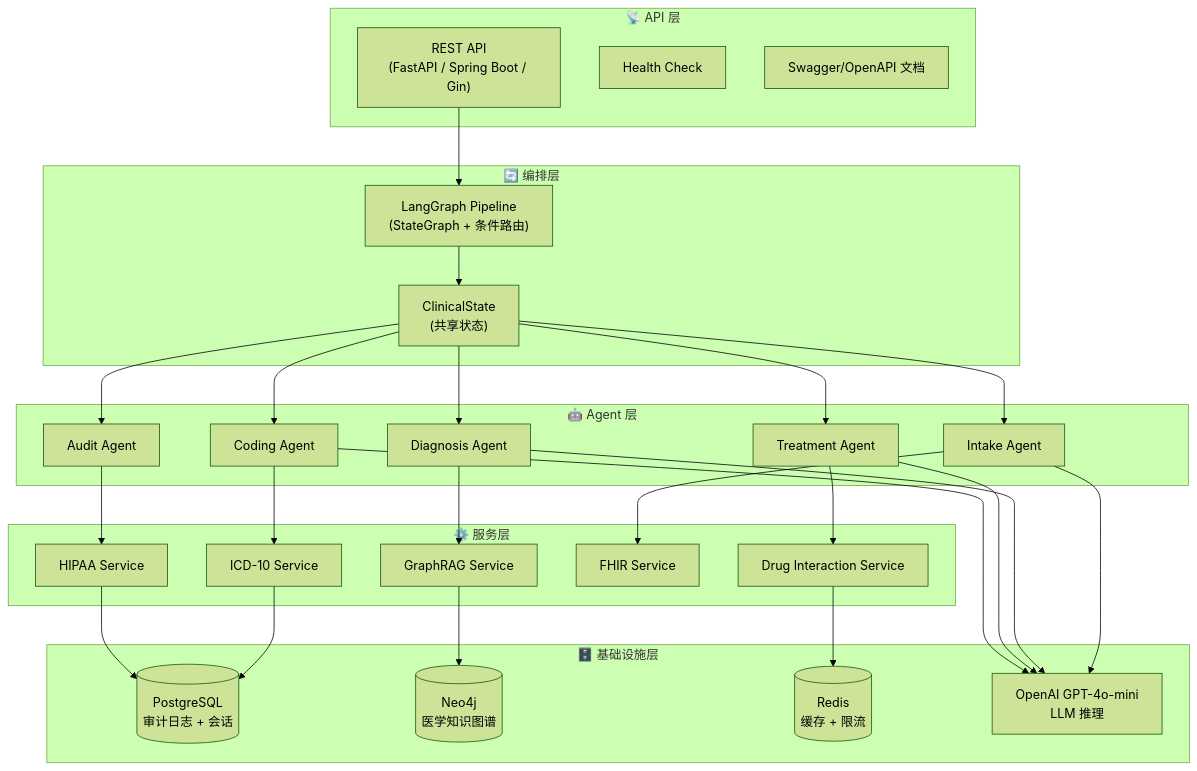
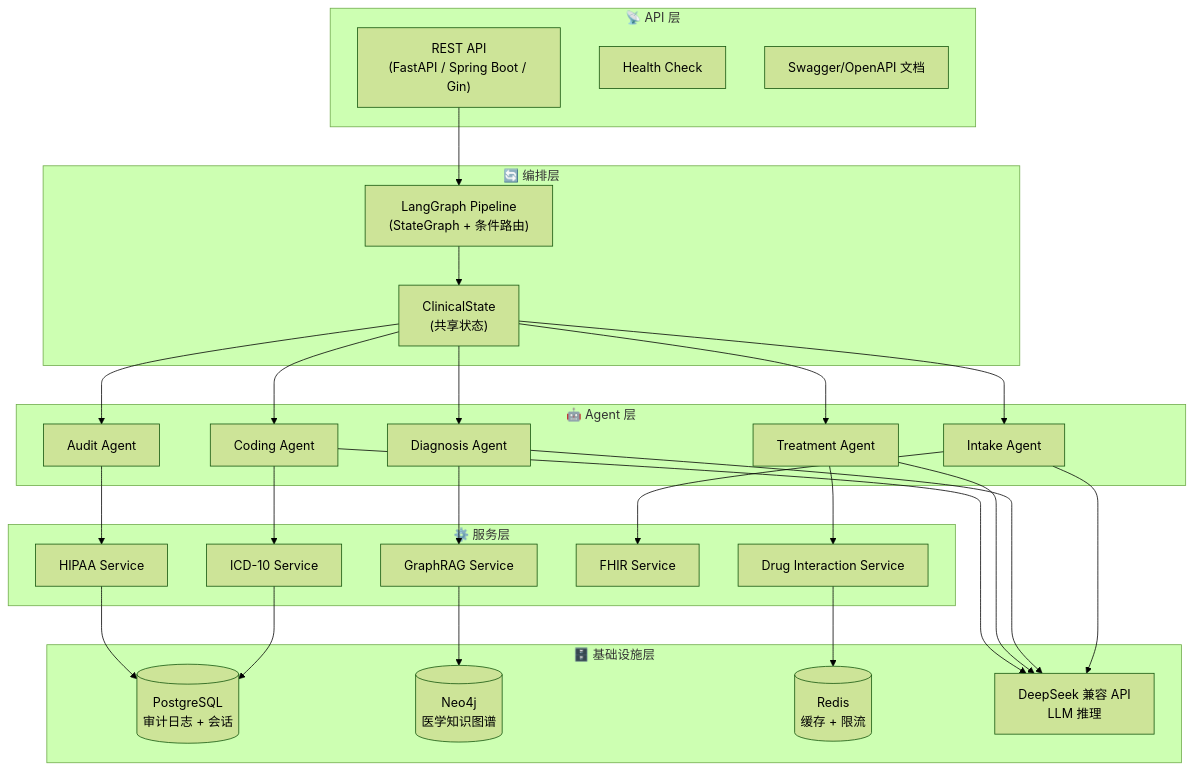
The second of 3 diagrams in README.md (Rexist-sudo/MediGen), drawn with Mermaid (forest theme) before and after one commit. The commit also changed other lines of this file and 61 other files, not shown here.

````diff
--- a/README.md
+++ b/README.md
@@ -193,50 +197,50 @@
 ```mermaid
 graph TB
     subgraph API["📡 API 层"]
         REST["REST API<br/>(FastAPI / Spring Boot / Gin)"]
         Health["Health Check"]
         Docs["Swagger/OpenAPI 文档"]
     end
 
     subgraph Orchestration["🔄 编排层"]
         LG["LangGraph Pipeline<br/>(StateGraph + 条件路由)"]
         State["ClinicalState<br/>(共享状态)"]
     end
 
     subgraph Agents["🤖 Agent 层"]
         A1["Intake Agent"]
         A2["Diagnosis Agent"]
         A3["Treatment Agent"]
         A4["Coding Agent"]
         A5["Audit Agent"]
     end
 
     subgraph Services["⚙️ 服务层"]
         S1["GraphRAG Service"]
         S2["ICD-10 Service"]
         S3["Drug Interaction Service"]
         S4["FHIR Service"]
         S5["HIPAA Service"]
     end
 
     subgraph Infra["🗄️ 基础设施层"]
         PG[("PostgreSQL<br/>审计日志 + 会话")]
         Neo[("Neo4j<br/>医学知识图谱")]
         Redis[("Redis<br/>缓存 + 限流")]
-        LLM["OpenAI GPT-4o-mini<br/>LLM 推理"]
+        LLM["DeepSeek 兼容 API<br/>LLM 推理"]
     end
 
     REST --> LG
     LG --> State
     State --> A1 & A2 & A3 & A4 & A5
     A1 --> S4
     A2 --> S1
     A3 --> S3
     A4 --> S2
     A5 --> S5
     S1 --> Neo
     S2 --> PG
     S5 --> PG
     A1 & A2 & A3 & A4 --> LLM
     S3 --> Redis
 ```
````
